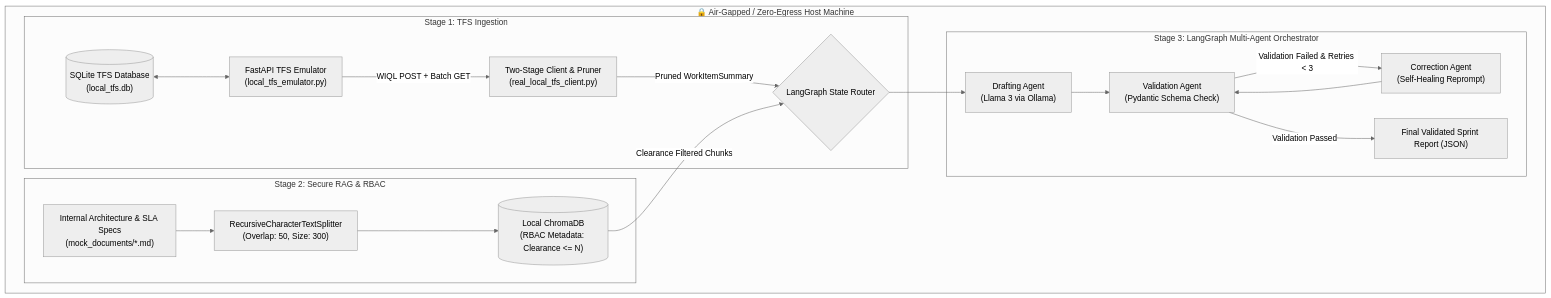
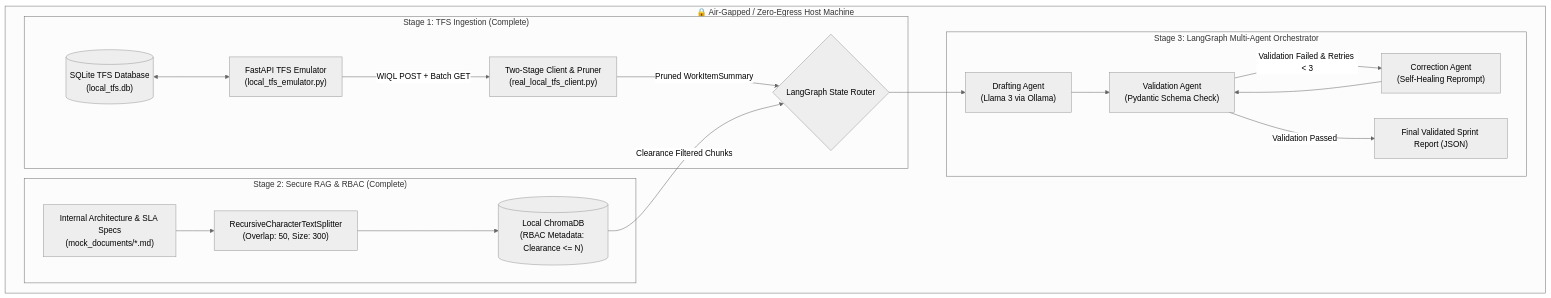
Before and after one commit to vvanurag/tfs_agent: the diagram in README.md, drawn with Mermaid (neutral theme). The commit also changed other lines of this file and 1 other file, not shown here.

Commit message:
docs: add gpt_follow_up.md handover guide and update README with Stage 2 status

````diff
--- a/README.md
+++ b/README.md
@@ -59,36 +61,36 @@
 ```mermaid
 flowchart TD
     subgraph Local_Enterprise_Environment ["🔒 Air-Gapped / Zero-Egress Host Machine"]
-        subgraph Stage1 ["Stage 1: TFS Ingestion"]
+        subgraph Stage1 ["Stage 1: TFS Ingestion (Complete)"]
             TFS_DB[("SQLite TFS Database\n(local_tfs.db)")]
             Emulator["FastAPI TFS Emulator\n(local_tfs_emulator.py)"]
             TFS_Client["Two-Stage Client & Pruner\n(real_local_tfs_client.py)"]
             
             TFS_DB <--> Emulator
             Emulator -->|WIQL POST + Batch GET| TFS_Client
             TFS_Client -->|Pruned WorkItemSummary| StateGraph
         end
 
-        subgraph Stage2 ["Stage 2: Secure RAG & RBAC"]
+        subgraph Stage2 ["Stage 2: Secure RAG & RBAC (Complete)"]
             Docs["Internal Architecture & SLA Specs\n(mock_documents/*.md)"]
             Splitter["RecursiveCharacterTextSplitter\n(Overlap: 50, Size: 300)"]
             Chroma[("Local ChromaDB\n(RBAC Metadata: Clearance <= N)")]
             
             Docs --> Splitter --> Chroma
             Chroma -->|Clearance Filtered Chunks| StateGraph
         end
 
         subgraph Stage3 ["Stage 3: LangGraph Multi-Agent Orchestrator"]
             StateGraph{"LangGraph State Router"}
             DraftNode["Drafting Agent\n(Llama 3 via Ollama)"]
             ValNode["Validation Agent\n(Pydantic Schema Check)"]
             CorrNode["Correction Agent\n(Self-Healing Reprompt)"]
             
             StateGraph --> DraftNode
             DraftNode --> ValNode
             ValNode -->|Validation Failed & Retries < 3| CorrNode
             CorrNode --> ValNode
             ValNode -->|Validation Passed| FinalOutput["Final Validated Sprint Report (JSON)"]
         end
     end
 ```
````
